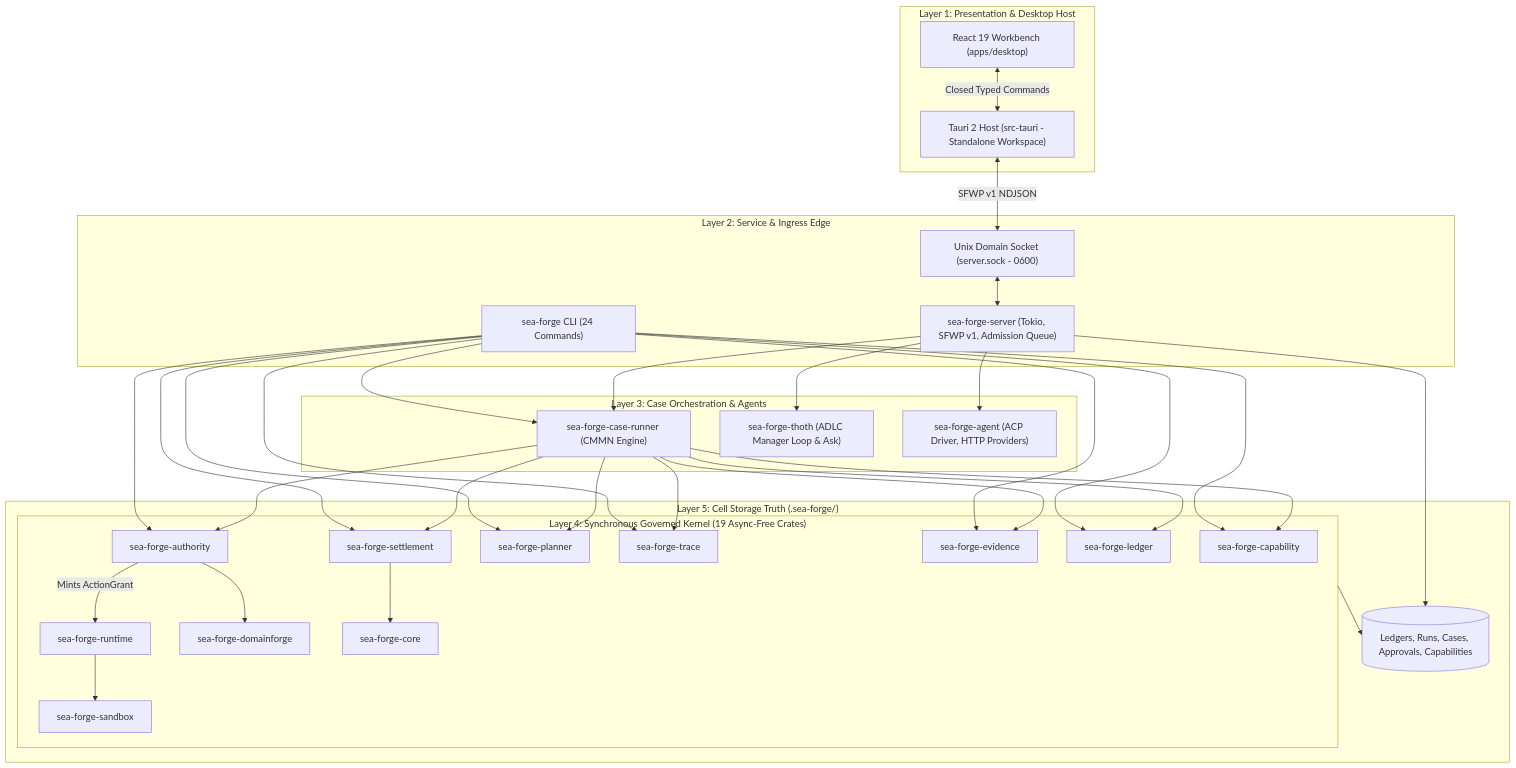
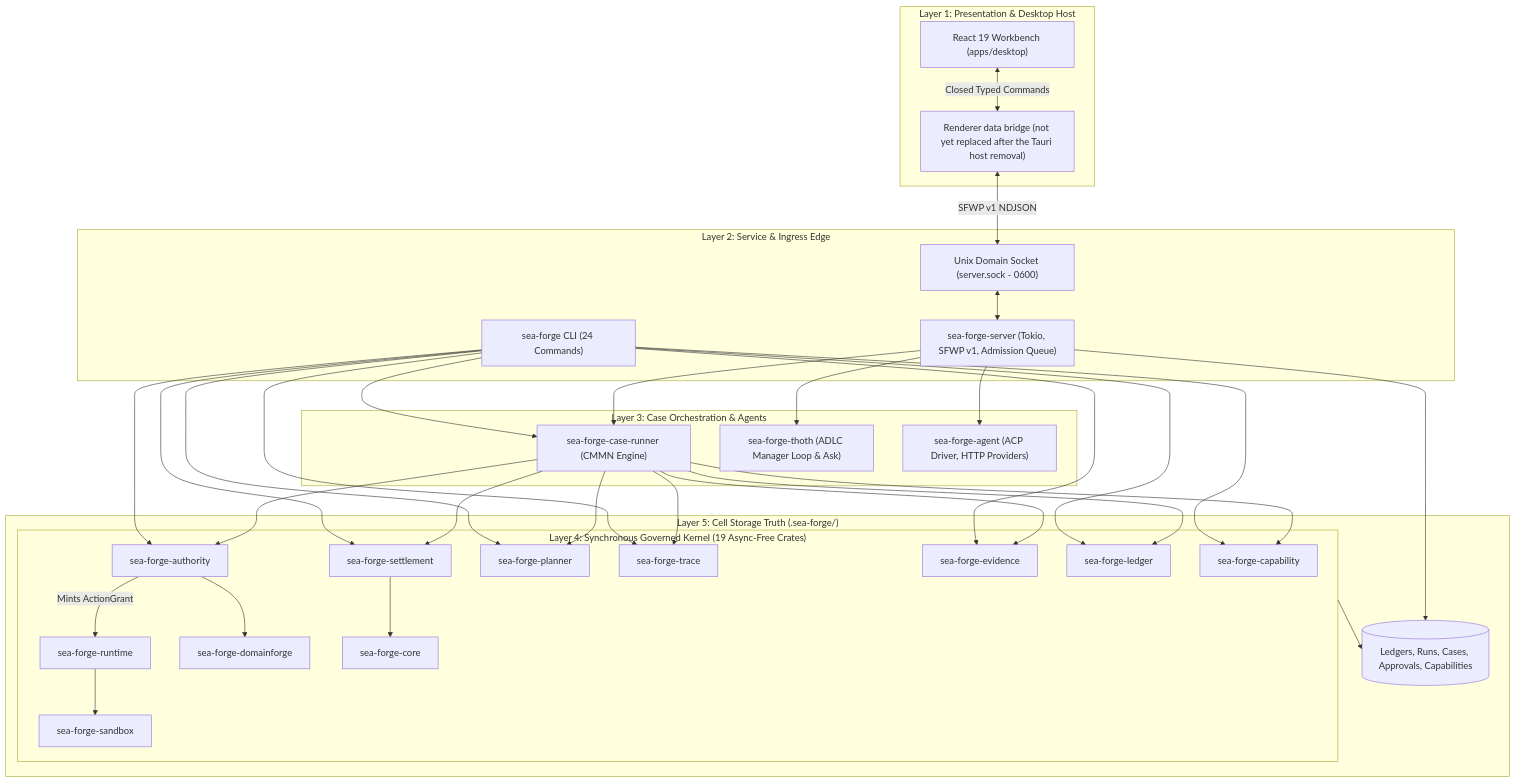
One commit to GodSpeedAI/SEA-Forge changed the first of 2 diagrams in docs/architecture.md. Above: the diagram before and after it, drawn with Mermaid. The commit also changed other lines of this file and 71 other files, not shown here.

````diff
--- a/docs/architecture.md
+++ b/docs/architecture.md
@@ -24,51 +24,51 @@
 ```mermaid
 flowchart TB
     subgraph L1 ["Layer 1: Presentation & Desktop Host"]
         WB["React 19 Workbench (apps/desktop)"]
-        TAURI["Tauri 2 Host (src-tauri - Standalone Workspace)"]
-        WB <-->|Closed Typed Commands| TAURI
+        BRIDGE["Renderer data bridge (not yet replaced after the Tauri host removal)"]
+        WB <-->|Closed Typed Commands| BRIDGE
     end
 
     subgraph L2 ["Layer 2: Service & Ingress Edge"]
         SOCK["Unix Domain Socket (server.sock - 0600)"]
         SRV["sea-forge-server (Tokio, SFWP v1, Admission Queue)"]
         CLI["sea-forge CLI (24 Commands)"]
-        TAURI <-->|SFWP v1 NDJSON| SOCK
+        BRIDGE <-->|SFWP v1 NDJSON| SOCK
         SOCK <--> SRV
     end
 
     subgraph L3 ["Layer 3: Case Orchestration & Agents"]
         CR["sea-forge-case-runner (CMMN Engine)"]
         THOTH["sea-forge-thoth (ADLC Manager Loop & Ask)"]
         AGENT["sea-forge-agent (ACP Driver, HTTP Providers)"]
         SRV --> CR & THOTH & AGENT
         CLI --> CR
     end
 
     subgraph L4 ["Layer 4: Synchronous Governed Kernel (19 Async-Free Crates)"]
         PLANNER["sea-forge-planner"]
         AUTH["sea-forge-authority"]
         SANDBOX["sea-forge-sandbox"]
         RUNTIME["sea-forge-runtime"]
         SETTLE["sea-forge-settlement"]
         TRACE["sea-forge-trace"]
         EVID["sea-forge-evidence"]
         LEDGER["sea-forge-ledger"]
         CAP["sea-forge-capability"]
         DF["sea-forge-domainforge"]
         CORE["sea-forge-core"]
         
         CR --> PLANNER & AUTH & SETTLE & TRACE & EVID & LEDGER & CAP
         CLI --> PLANNER & AUTH & SETTLE & TRACE & EVID & LEDGER & CAP
         AUTH --> DF
         AUTH -->|Mints ActionGrant| RUNTIME
         RUNTIME --> SANDBOX
         SETTLE --> CORE
     end
 
     subgraph L5 ["Layer 5: Cell Storage Truth (.sea-forge/)"]
         STORE[("Ledgers, Runs, Cases, Approvals, Capabilities")]
         L4 --> STORE
         SRV --> STORE
     end
 ```
````
